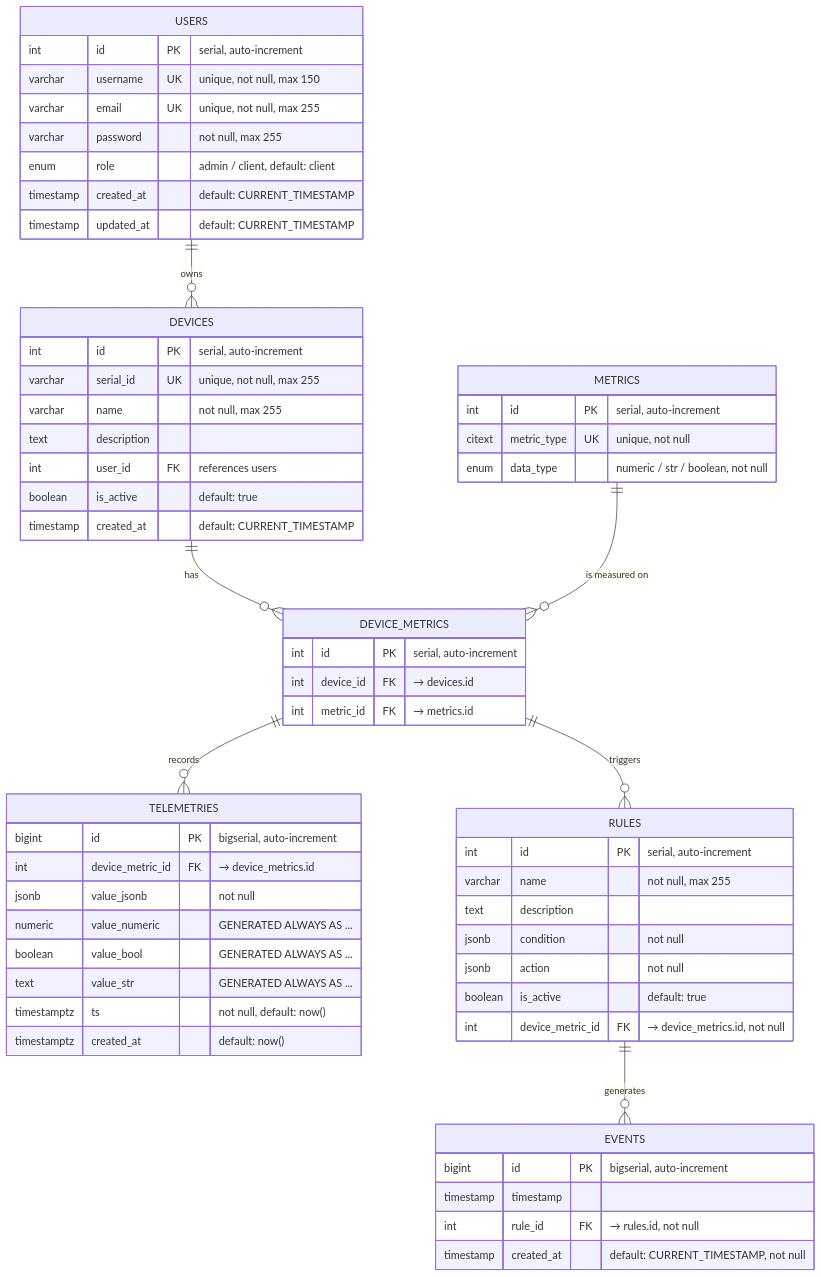
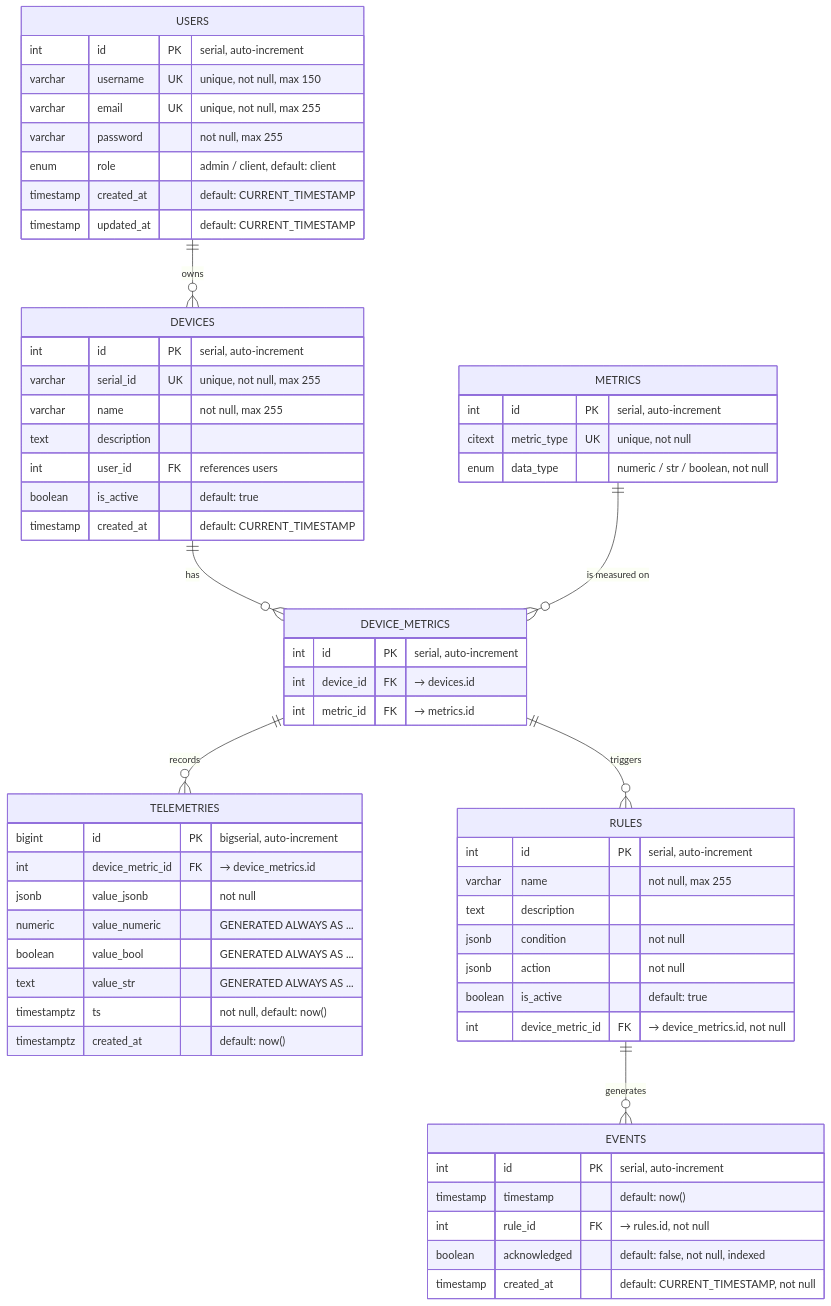
One commit to Project-Stage-Academy/IoT-Hub-bravo changed the diagram in docs/schema.md. Above: the diagram before and after it, drawn with Mermaid. The commit also changed other lines of this file and 6 other files, not shown here.

````diff
--- a/docs/schema.md
+++ b/docs/schema.md
@@ -14,69 +15,70 @@
 ```mermaid
 erDiagram
     USERS ||--o{ DEVICES          : "owns"
     DEVICES ||--o{ DEVICE_METRICS : "has"
     METRICS ||--o{ DEVICE_METRICS : "is measured on"
     DEVICE_METRICS ||--o{ TELEMETRIES     : "records"
     DEVICE_METRICS ||--o{ RULES           : "triggers"
     RULES          ||--o{ EVENTS          : "generates"
 
     USERS {
         int      id          PK "serial, auto-increment"
         varchar  username    UK "unique, not null, max 150"
         varchar  email       UK "unique, not null, max 255"
         varchar  password    "not null, max 255"
         enum     role        "admin / client, default: client"
         timestamp created_at "default: CURRENT_TIMESTAMP"
         timestamp updated_at "default: CURRENT_TIMESTAMP"
     }
 
     DEVICES {
         int      id          PK "serial, auto-increment"
         varchar  serial_id   UK "unique, not null, max 255"
         varchar  name        "not null, max 255"
         text     description
         int      user_id     FK "references users"
         boolean  is_active   "default: true"
         timestamp created_at "default: CURRENT_TIMESTAMP"
     }
 
     METRICS {
         int    id         PK "serial, auto-increment"
         citext metric_type UK "unique, not null"
         enum   data_type   "numeric / str / boolean, not null"
     }
 
     DEVICE_METRICS {
         int id          PK "serial, auto-increment"
         int device_id   FK "→ devices.id"
         int metric_id   FK "→ metrics.id"
     }
 
     TELEMETRIES {
         bigint      id               PK "bigserial, auto-increment"
         int         device_metric_id FK "→ device_metrics.id"
         jsonb       value_jsonb      "not null"
         numeric     value_numeric    "GENERATED ALWAYS AS ..."
         boolean     value_bool       "GENERATED ALWAYS AS ..."
         text        value_str        "GENERATED ALWAYS AS ..."
         timestamptz ts               "not null, default: now()"
         timestamptz created_at       "default: now()"
     }
 
     RULES {
         int     id                PK "serial, auto-increment"
         varchar name              "not null, max 255"
         text    description
         jsonb   condition         "not null"
         jsonb   action            "not null"
         boolean is_active         "default: true"
         int     device_metric_id  FK "→ device_metrics.id, not null"
     }
 
     EVENTS {
-        bigint    id         PK "bigserial, auto-increment"
-        timestamp timestamp
-        int       rule_id    FK "→ rules.id, not null"
-        timestamp created_at "default: CURRENT_TIMESTAMP, not null"
+        int       id            PK "serial, auto-increment"
+        timestamp timestamp    "default: now()"
+        int       rule_id       FK "→ rules.id, not null"
+        boolean   acknowledged  "default: false, not null, indexed"
+        timestamp created_at    "default: CURRENT_TIMESTAMP, not null"
     }
 ```
````
